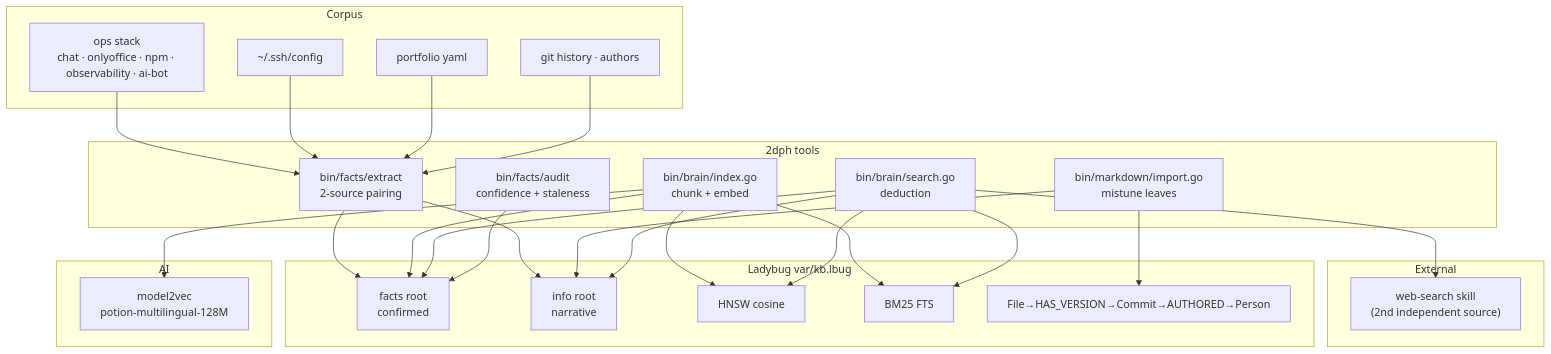
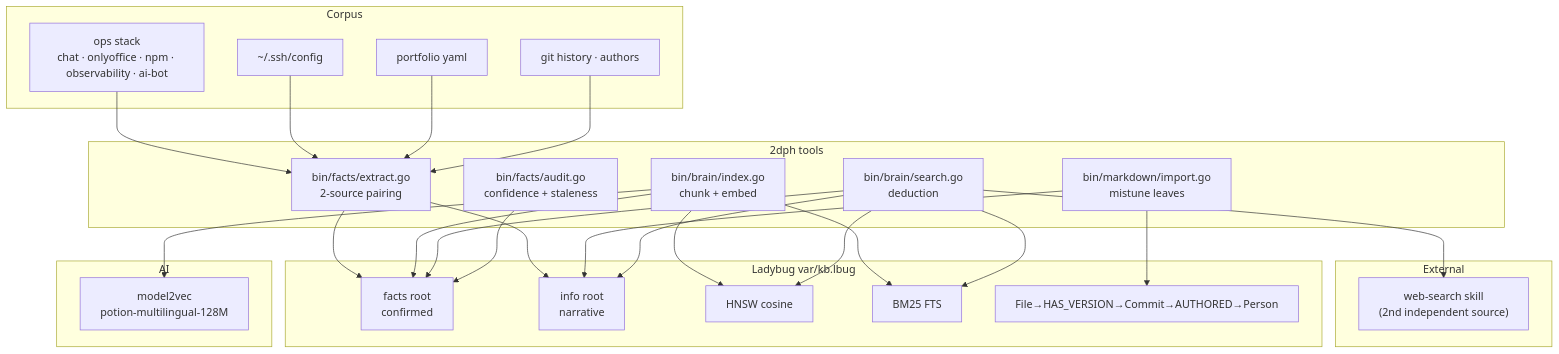
One commit to eSlider/2dph changed the diagram in README.md. Above: the diagram before and after it, drawn with Mermaid. The commit also changed other lines of this file and 6 other files, not shown here.

First line of the commit message:
feat: facts audit/extract/crm shebang wrappers (D14)

````diff
--- a/README.md
+++ b/README.md
@@ -21,52 +21,52 @@
 ```mermaid
 graph TB
     subgraph corpus["Corpus"]
         OPS["ops stack<br/>chat · onlyoffice · npm · observability · ai-bot"]
         SSH["~/.ssh/config"]
         CV["portfolio yaml"]
         GH["git history · authors"]
     end
 
     subgraph dph["2dph tools"]
-        EX["bin/facts/extract<br/>2-source pairing"]
-        AU["bin/facts/audit<br/>confidence + staleness"]
+        EX["bin/facts/extract.go<br/>2-source pairing"]
+        AU["bin/facts/audit.go<br/>confidence + staleness"]
         IDX["bin/brain/index.go<br/>chunk + embed"]
         MD["bin/markdown/import.go<br/>mistune leaves"]
         SR["bin/brain/search.go<br/>deduction"]
     end
 
     subgraph store["Ladybug var/kb.lbug"]
         FACTS["facts root<br/>confirmed"]
         INFO["info root<br/>narrative"]
         VEC["HNSW cosine"]
         FTS["BM25 FTS"]
         GR["File→HAS_VERSION→Commit→AUTHORED→Person"]
     end
 
     subgraph ai["AI"]
         M2V["model2vec<br/>potion-multilingual-128M"]
     end
 
     subgraph ext["External"]
         WS["web-search skill<br/>(2nd independent source)"]
     end
 
     OPS --> EX
     SSH --> EX
     CV --> EX
     GH --> EX
     EX --> FACTS
     EX --> INFO
     MD --> GR
     MD --> INFO
     IDX --> M2V
     IDX --> VEC
     IDX --> FTS
     IDX --> FACTS
     SR --> FACTS
     SR --> INFO
     SR --> VEC
     SR --> FTS
     SR --> WS
     AU --> FACTS
 ```
````
